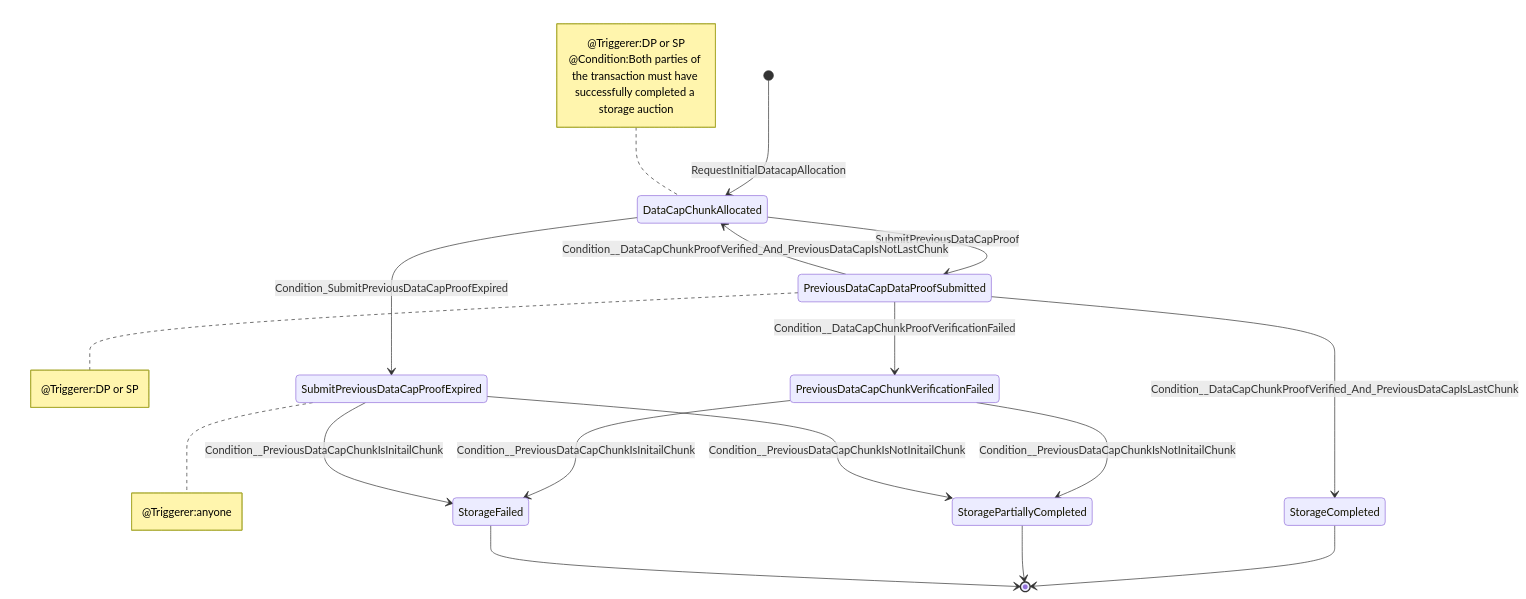
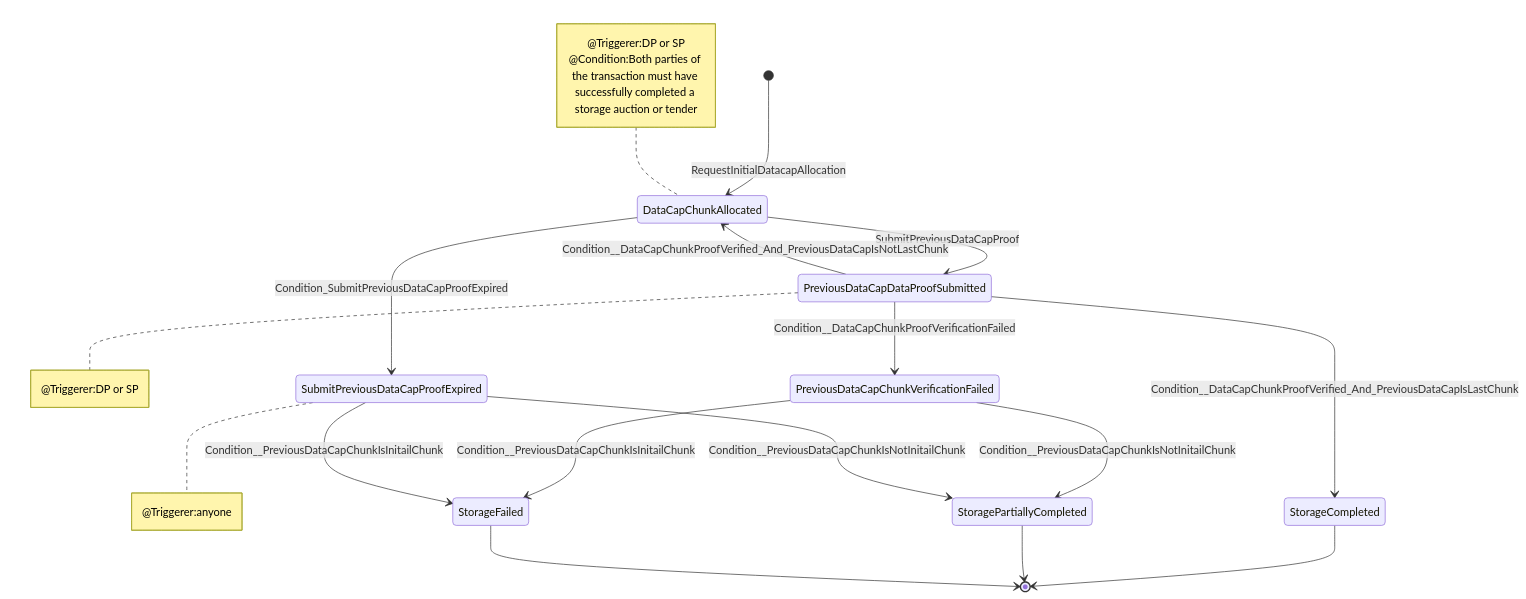
Before and after one commit to dataswap/specs: the third of 3 diagrams in systems/README.md, drawn with Mermaid. The commit also changed other lines of this file, not shown here.

Commit message:
update storage deals

````diff
--- a/systems/README.md
+++ b/systems/README.md
@@ -185,28 +188,28 @@
 ```mermaid
 stateDiagram
     [*]                                     --> DataCapChunkAllocated:RequestInitialDatacapAllocation
     DataCapChunkAllocated                   --> SubmitPreviousDataCapProofExpired:Condition_SubmitPreviousDataCapProofExpired
     DataCapChunkAllocated                   --> PreviousDataCapDataProofSubmitted:SubmitPreviousDataCapProof
     PreviousDataCapDataProofSubmitted       --> PreviousDataCapChunkVerificationFailed:Condition__DataCapChunkProofVerificationFailed
     PreviousDataCapDataProofSubmitted       --> DataCapChunkAllocated:Condition__DataCapChunkProofVerified_And_PreviousDataCapIsNotLastChunk
     PreviousDataCapDataProofSubmitted       --> StorageCompleted:Condition__DataCapChunkProofVerified_And_PreviousDataCapIsLastChunk
     PreviousDataCapChunkVerificationFailed  --> StorageFailed:Condition__PreviousDataCapChunkIsInitailChunk
     PreviousDataCapChunkVerificationFailed  --> StoragePartiallyCompleted:Condition__PreviousDataCapChunkIsNotInitailChunk
     SubmitPreviousDataCapProofExpired       --> StorageFailed:Condition__PreviousDataCapChunkIsInitailChunk
     SubmitPreviousDataCapProofExpired       --> StoragePartiallyCompleted:Condition__PreviousDataCapChunkIsNotInitailChunk
     StorageCompleted                        --> [*]
     StoragePartiallyCompleted               --> [*]
     StorageFailed                           --> [*]
 
     note left of DataCapChunkAllocated
       @Triggerer:DP or SP
-      @Condition:Both parties of the transaction must have successfully completed a storage auction
+      @Condition:Both parties of the transaction must have successfully completed a storage auction or tender
     end note
     note right of SubmitPreviousDataCapProofExpired
       @Triggerer:anyone
     end note
     note right of PreviousDataCapDataProofSubmitted
       @Triggerer:DP or SP
     end note
     
 ```
````
